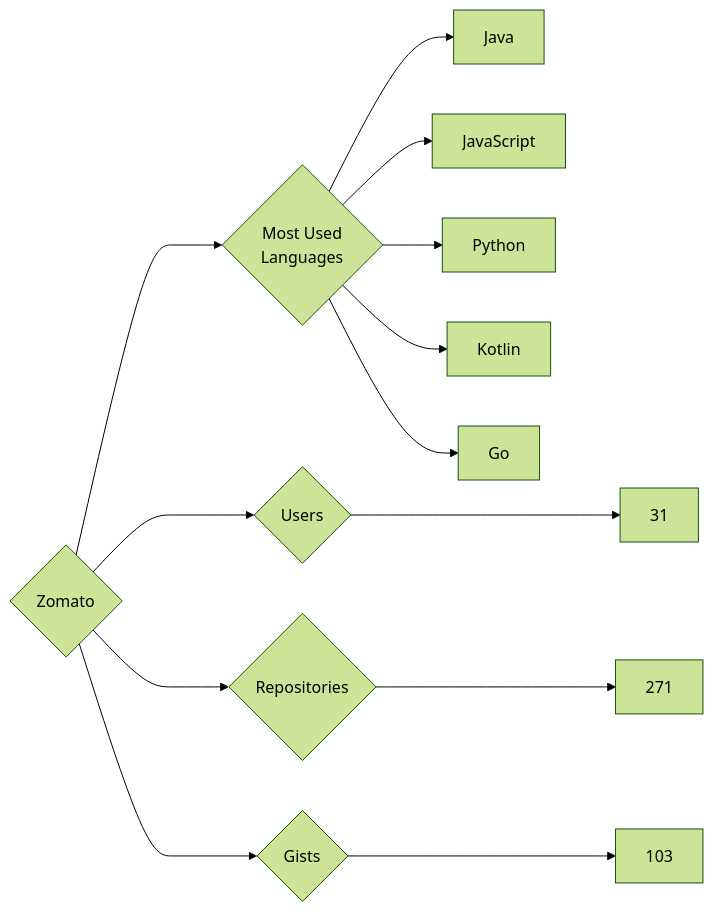
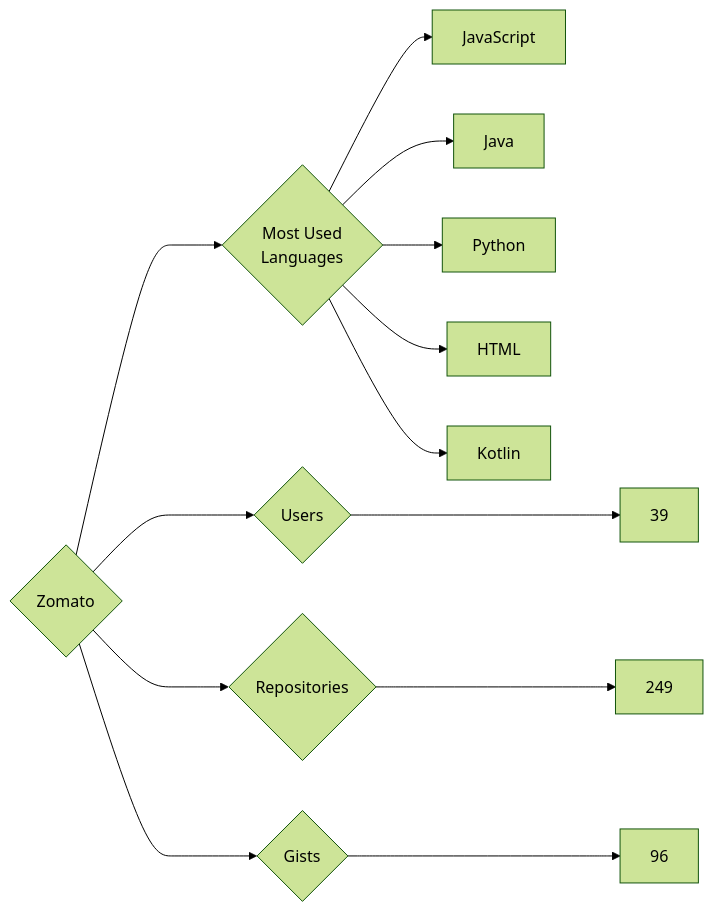
The diagram in targets/Zomato/README.md (trickest/insiders), drawn with Mermaid (forest theme) before and after one commit. The commit also changed 839 other files, not shown here.

````diff
--- a/targets/Zomato/README.md
+++ b/targets/Zomato/README.md
@@ -3,13 +3,13 @@
 ```mermaid
 graph LR
 COMPANY_NAME{Zomato}
-COMPANY_NAME ---> U{Users} ---> UN[31]
-COMPANY_NAME ---> R{Repositories} ---> RN[271]
-COMPANY_NAME ---> G{Gists} ---> GN[103]
+COMPANY_NAME ---> U{Users} ---> UN[39]
+COMPANY_NAME ---> R{Repositories} ---> RN[249]
+COMPANY_NAME ---> G{Gists} ---> GN[96]
 COMPANY_NAME ---> ML{Most Used<br>Languages}
+ML --> JavaScript[JavaScript]
 ML --> Java[Java]
-ML --> JavaScript[JavaScript]
 ML --> Python[Python]
+ML --> HTML[HTML]
 ML --> Kotlin[Kotlin]
-ML --> Go[Go]
 ```
````
